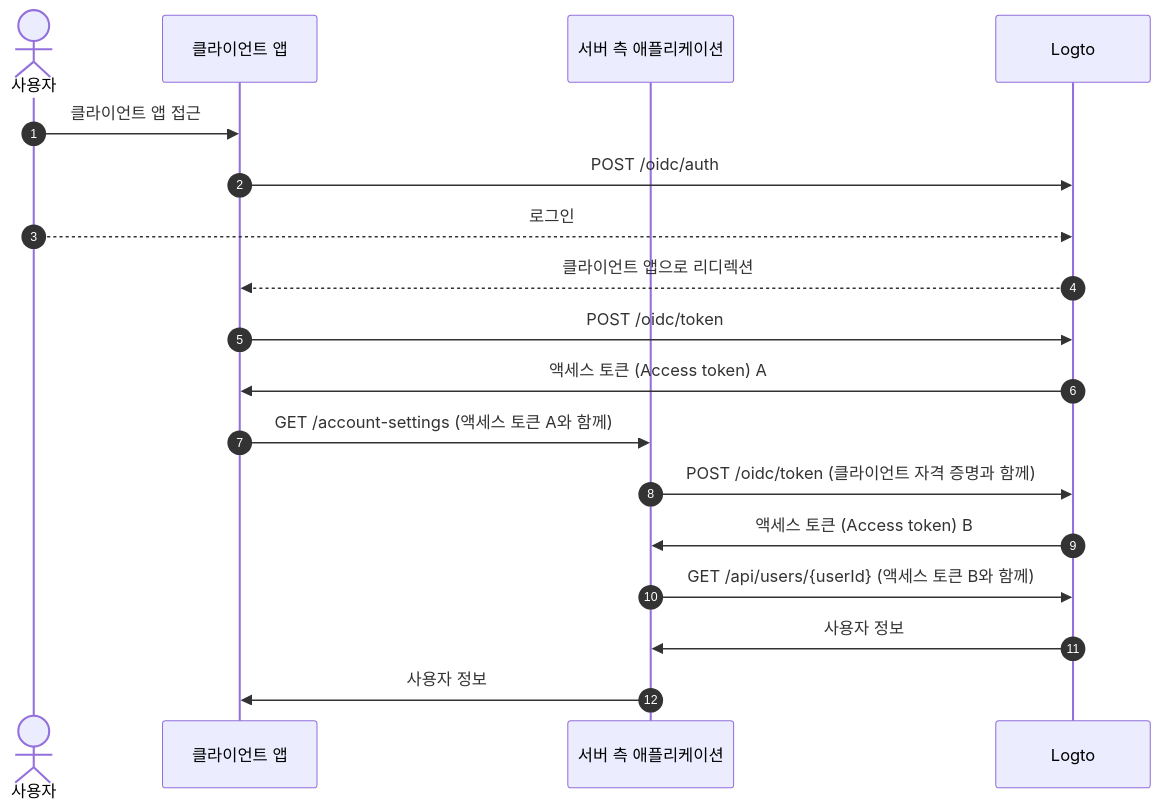
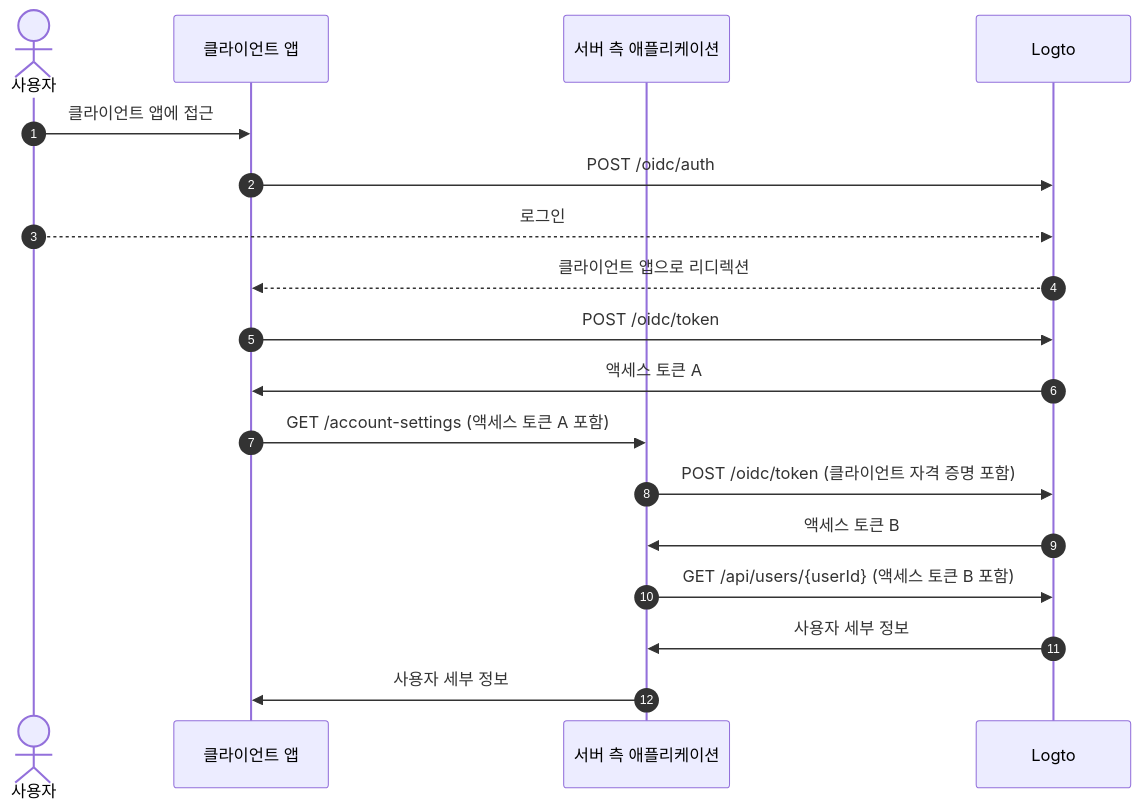
Before and after one commit to logto-io/docs: the second of 3 diagrams in i18n/ko/docusaurus-plugin-content-docs/current/end-user-flows/account-settings/by-management-api.mdx, drawn with Mermaid. The commit also changed other lines of this file and 102 other files, not shown here.

````diff
--- a/i18n/ko/docusaurus-plugin-content-docs/current/end-user-flows/account-settings/by-management-api.mdx
+++ b/i18n/ko/docusaurus-plugin-content-docs/current/end-user-flows/account-settings/by-management-api.mdx
@@ -27,21 +27,21 @@
 ```mermaid
   sequenceDiagram
     autonumber
     actor User as 사용자
     participant Client as 클라이언트 앱
     participant Server as 서버 측 애플리케이션
     participant Logto as Logto
 
-    User ->> Client: 클라이언트 앱 접근
+    User ->> Client: 클라이언트 앱에 접근
     Client ->> Logto: POST /oidc/auth
     User -->> Logto: 로그인
     Logto -->> Client: 클라이언트 앱으로 리디렉션
     Client ->> Logto: POST /oidc/token
-    Logto ->> Client: 액세스 토큰 (Access token) A
-    Client ->> Server: GET /account-settings (액세스 토큰 A와 함께)
-    Server ->> Logto: POST /oidc/token (클라이언트 자격 증명과 함께)
-    Logto ->> Server: 액세스 토큰 (Access token) B
-    Server ->> Logto: GET /api/users/{userId} (액세스 토큰 B와 함께)
-    Logto ->> Server: 사용자 정보
-    Server ->> Client: 사용자 정보
+    Logto ->> Client: 액세스 토큰 A
+    Client ->> Server: GET /account-settings (액세스 토큰 A 포함)
+    Server ->> Logto: POST /oidc/token (클라이언트 자격 증명 포함)
+    Logto ->> Server: 액세스 토큰 B
+    Server ->> Logto: GET /api/users/{userId} (액세스 토큰 B 포함)
+    Logto ->> Server: 사용자 세부 정보
+    Server ->> Client: 사용자 세부 정보
 ```
````
